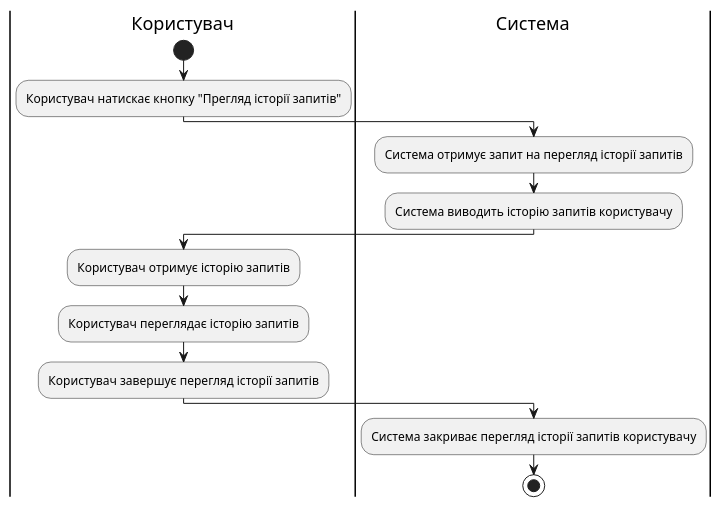
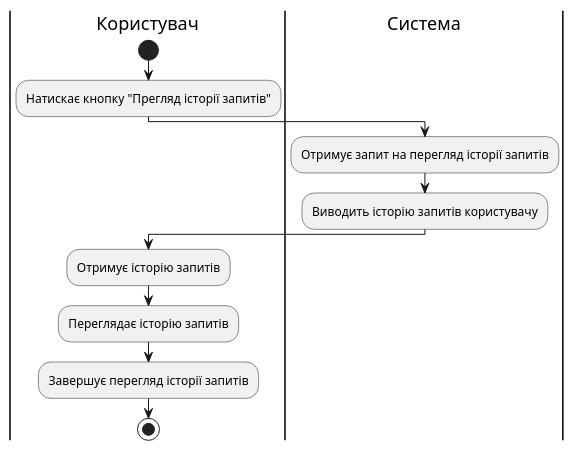
One commit to plyska322/db-theme-3 changed the tenth of 13 diagrams in docs/use cases/README.md. Above: the diagram before and after it, drawn with PlantUML. The commit also changed other lines of this file, not shown here.

```diff
--- a/docs/use cases/README.md
+++ b/docs/use cases/README.md
@@ -345,15 +345,13 @@
 @startuml
 |Користувач|
 start
-:Користувач натискає кнопку "Прегляд історії запитів";
+:Натискає кнопку "Прегляд історії запитів";
 |Система|
-:Система отримує запит на перегляд історії запитів;
-:Система виводить історію запитів користувачу;
+:Отримує запит на перегляд історії запитів;
+:Виводить історію запитів користувачу;
 |Користувач|
-:Користувач отримує історію запитів;
-:Користувач переглядає історію запитів;
-:Користувач завершує перегляд історії запитів;
-|Система|
-:Система закриває перегляд історії запитів користувачу;
+:Отримує історію запитів;
+:Переглядає історію запитів;
+:Завершує перегляд історії запитів;
 stop;
 @enduml
```
